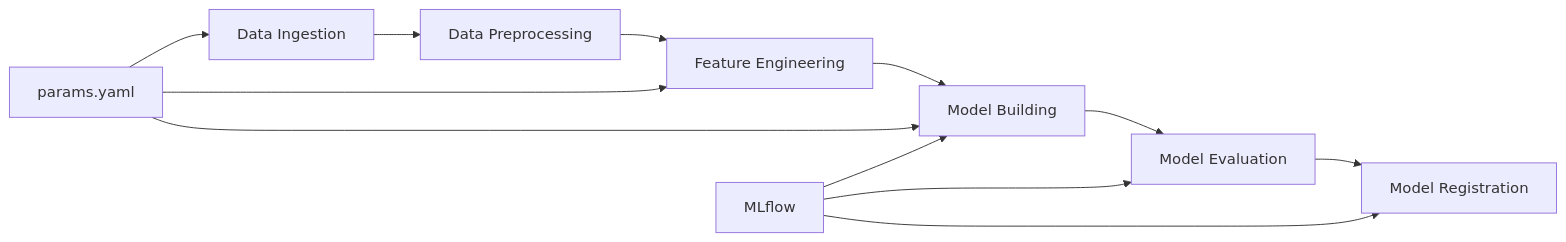
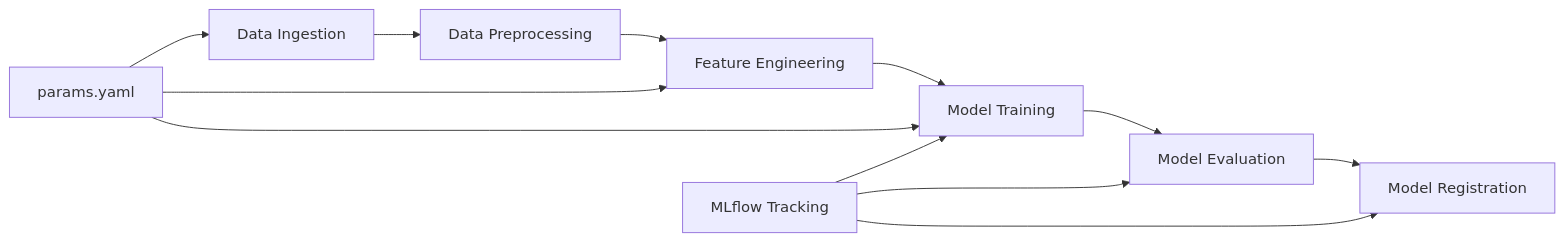
Before and after one commit to rohitkr8527/sentiment-analysis: the second of 2 diagrams in README.md, drawn with Mermaid. The commit also changed other lines of this file, not shown here.

````diff
--- a/README.md
+++ b/README.md
@@ -278,16 +287,19 @@
 ```mermaid
 graph LR
+    %% Core Pipeline
     A[Data Ingestion] --> B[Data Preprocessing]
     B --> C[Feature Engineering]
-    C --> D[Model Building]
+    C --> D[Model Training]
     D --> E[Model Evaluation]
     E --> F[Model Registration]
-    
+
+    %% Parameters
     G[params.yaml] --> A
     G --> C
     G --> D
-    
-    H[MLflow] --> D
+
+    %% Experiment Tracking
+    H[MLflow Tracking] --> D
     H --> E
     H --> F
 ```
````
